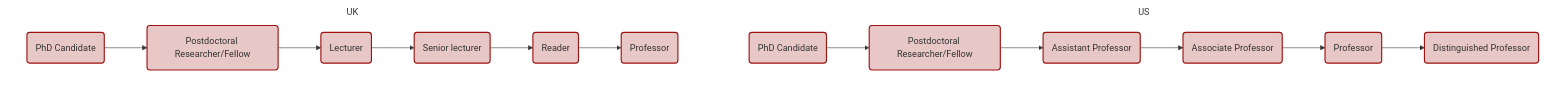
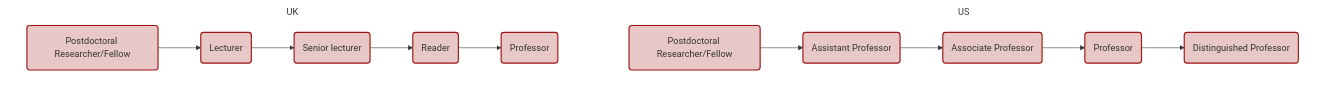
Before and after one commit to paytonrodman/paytonrodman.github.io: the diagram in content/resource/grad-FAQ/before/research.md, drawn with Mermaid. The commit also changed other lines of this file, not shown here.

````diff
--- a/content/resource/grad-FAQ/before/research.md
+++ b/content/resource/grad-FAQ/before/research.md
@@ -106,23 +96,21 @@
 ```mermaid
 graph TD;
   subgraph US
-  AA(PhD Candidate)-->BB(Postdoctoral Researcher/Fellow);
   BB(Postdoctoral Researcher/Fellow)-->CC(Assistant Professor);
   CC(Assistant Professor)-->DD(Associate Professor);
   DD(Associate Professor)-->EE(Professor);
   EE(Professor)-->FF(Distinguished Professor);
   classDef website fill:#e8c8c7,stroke:#9d1512,stroke-width:2px
   class AA,BB,CC,DD,EE,FF website
   end
   style US fill:none,stroke:none
   subgraph UK
-  AAA(PhD Candidate)-->BBB(Postdoctoral Researcher/Fellow);
   BBB(Postdoctoral Researcher/Fellow)-->CCC(Lecturer);
   CCC(Lecturer)-->DDD(Senior lecturer);
   DDD(Senior lecturer)-->EEE(Reader);
   EEE(Reader)-->FFF(Professor);
   classDef website fill:#e8c8c7,stroke:#9d1512,stroke-width:2px
   class AAA,BBB,CCC,DDD,EEE,FFF website
   end
   style UK fill:none,stroke:none
 ```
````
